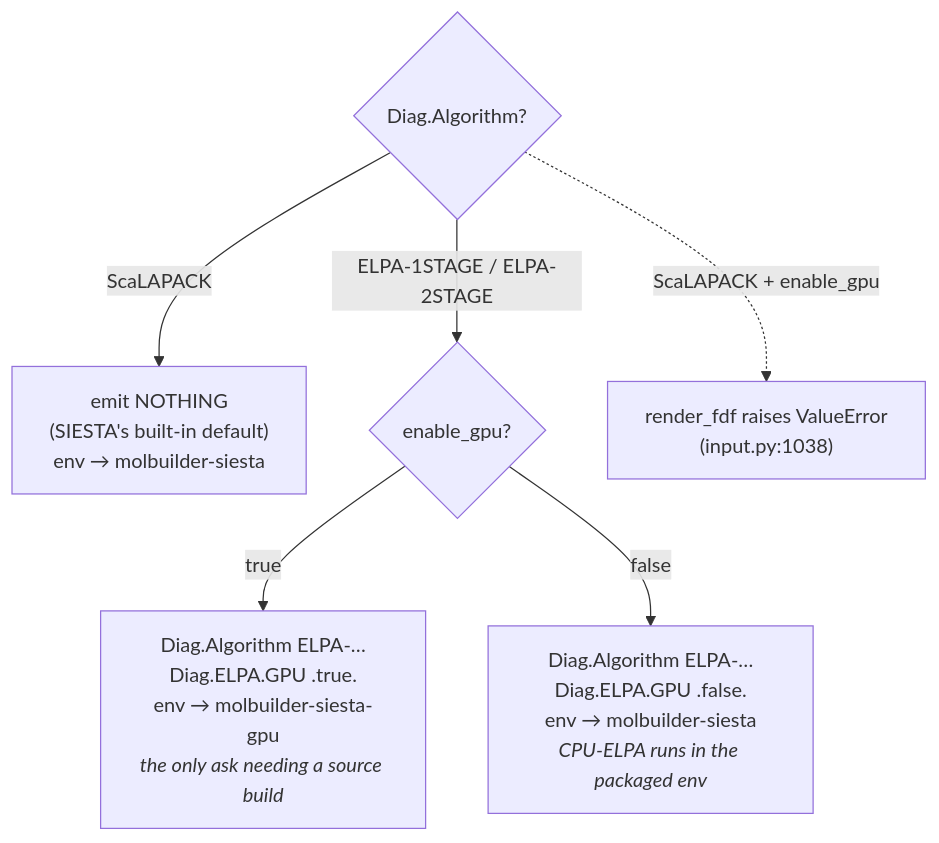
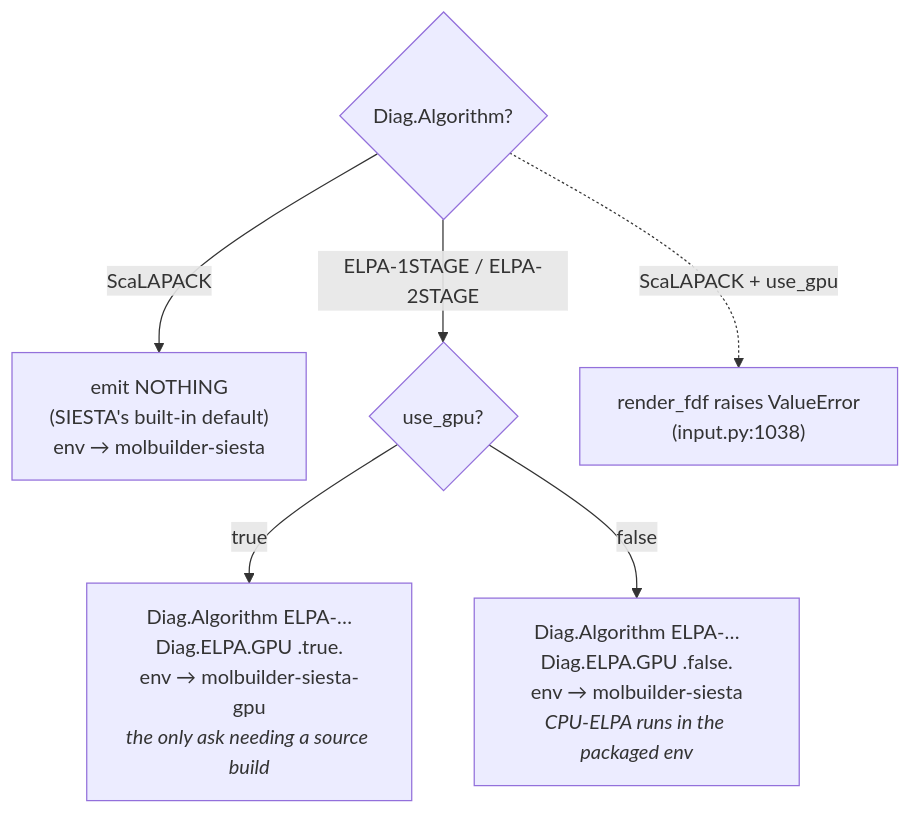
The third of 3 diagrams in docs/engines/siesta.md (Qing-LAB/molbuilder), drawn with Mermaid before and after one commit. The commit also changed other lines of this file and 35 other files, not shown here.

````diff
--- a/docs/engines/siesta.md
+++ b/docs/engines/siesta.md
@@ -354,9 +354,9 @@
 ```mermaid
 flowchart TD
     A{"Diag.Algorithm?"}
     A -->|ScaLAPACK| S["emit NOTHING<br/>(SIESTA's built-in default)<br/>env → molbuilder-siesta"]
-    A -->|"ELPA-1STAGE / ELPA-2STAGE"| G{"enable_gpu?"}
+    A -->|"ELPA-1STAGE / ELPA-2STAGE"| G{"use_gpu?"}
     G -->|"true"| GPU["Diag.Algorithm ELPA-…<br/>Diag.ELPA.GPU .true.<br/>env → molbuilder-siesta-gpu<br/><i>the only ask needing a source build</i>"]
     G -->|"false"| CPU["Diag.Algorithm ELPA-…<br/>Diag.ELPA.GPU .false.<br/>env → molbuilder-siesta<br/><i>CPU-ELPA runs in the packaged env</i>"]
-    A -.->|"ScaLAPACK + enable_gpu"| ERR["render_fdf raises ValueError<br/>(input.py:1038)"]
+    A -.->|"ScaLAPACK + use_gpu"| ERR["render_fdf raises ValueError<br/>(input.py:1038)"]
 ```
````
